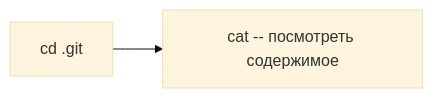
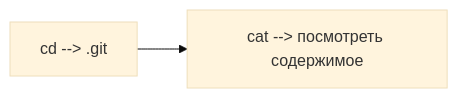
Before and after one commit to deminroman48/cheat_sheet: the third of 3 diagrams in README.md, drawn with Mermaid (base theme). The commit also changed other lines of this file, not shown here.

Commit message:
Добавить информацию про статусы и провести дебаг схемы урока про HEAD

````diff
--- a/README.md
+++ b/README.md
@@ -103,4 +103,4 @@
 ```mermaid
 graph LR;
-    A[cd .git] --> B[cat -- посмотреть содержимое];
+    A[cd --> .git] --> B[cat --> посмотреть содержимое];
 ```
````
